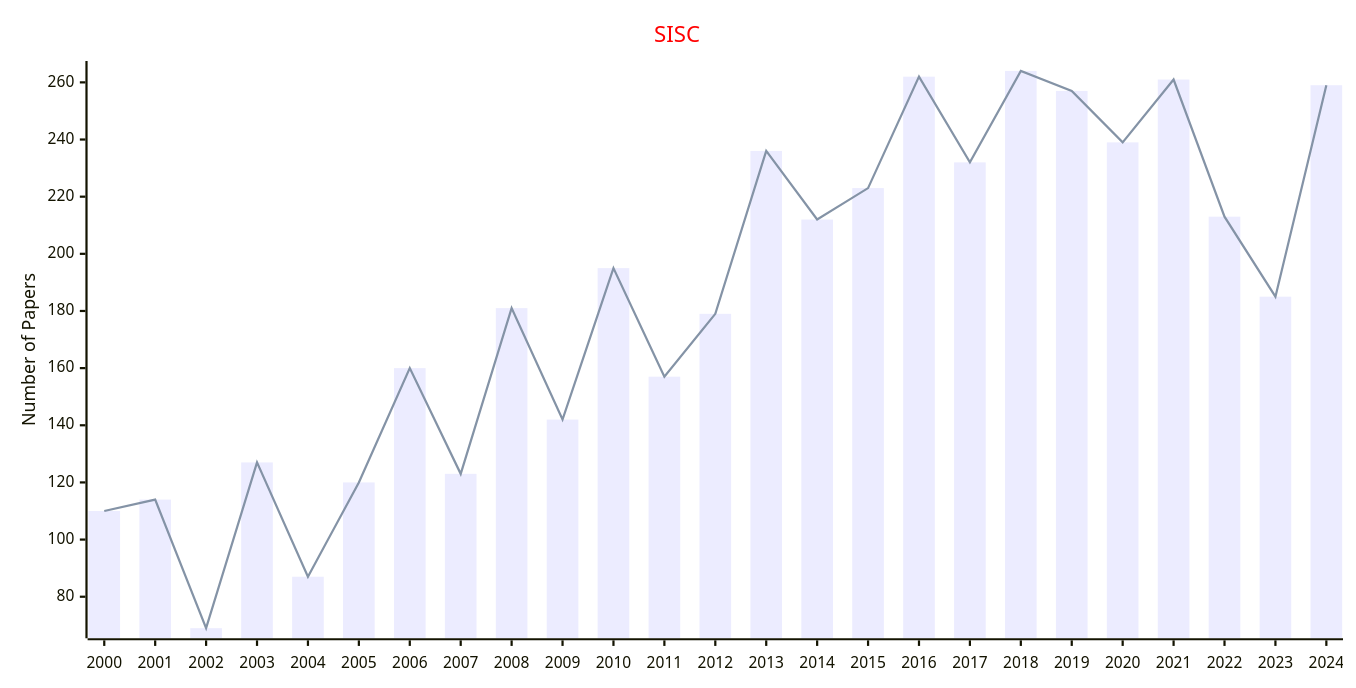
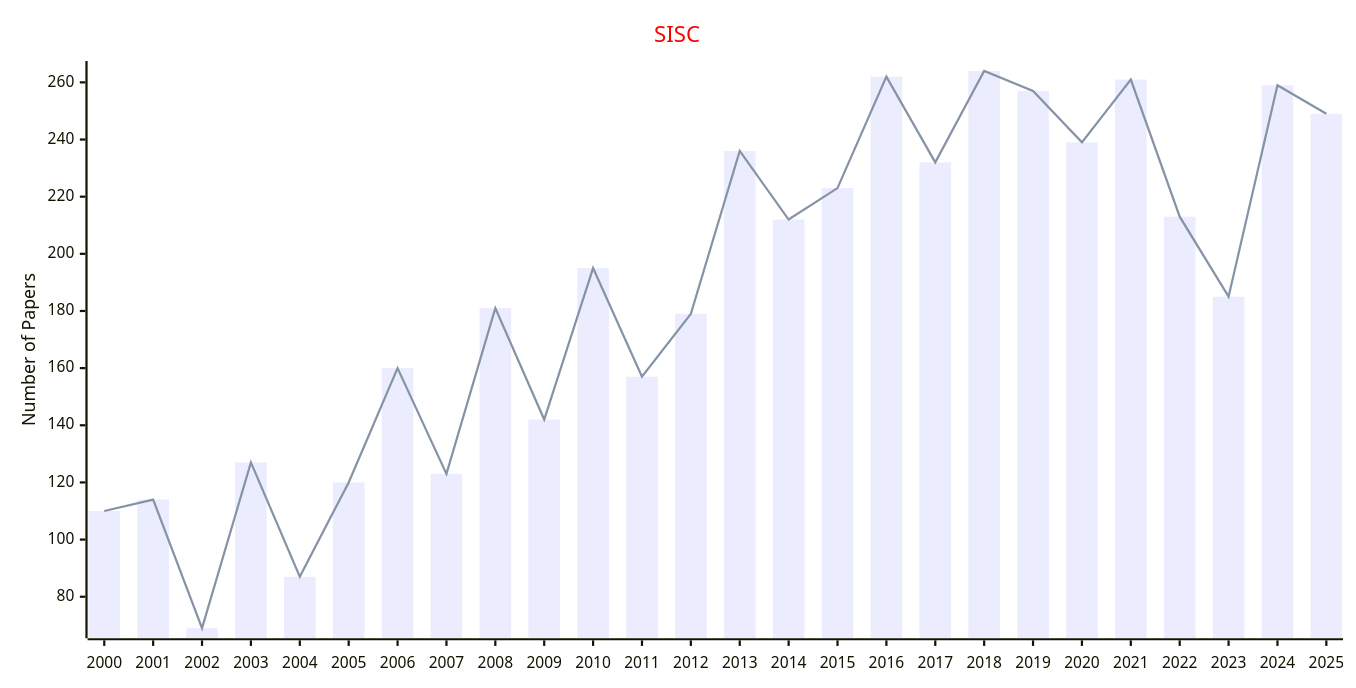
One commit to Easy-PhD/AILinks changed the fifth of 6 diagrams in docs/data/Journals/Statistics_Journals/Computational_Mathematics.md. Above: the diagram before and after it, drawn with Mermaid. The commit also changed other lines of this file and 93 other files, not shown here.

````diff
--- a/docs/data/Journals/Statistics_Journals/Computational_Mathematics.md
+++ b/docs/data/Journals/Statistics_Journals/Computational_Mathematics.md
@@ -105,17 +105,17 @@
 ```mermaid
 ---
 config:
     xyChart:
         width: 1200
         height: 600
     themeVariables:
         xyChart:
             titleColor: "#ff0000"
 ---
 xychart-beta
     title "SISC"
-    x-axis [2000, 2001, 2002, 2003, 2004, 2005, 2006, 2007, 2008, 2009, 2010, 2011, 2012, 2013, 2014, 2015, 2016, 2017, 2018, 2019, 2020, 2021, 2022, 2023, 2024]
+    x-axis [2000, 2001, 2002, 2003, 2004, 2005, 2006, 2007, 2008, 2009, 2010, 2011, 2012, 2013, 2014, 2015, 2016, 2017, 2018, 2019, 2020, 2021, 2022, 2023, 2024, 2025]
     y-axis "Number of Papers"
-    bar [110, 114, 69, 127, 87, 120, 160, 123, 181, 142, 195, 157, 179, 236, 212, 223, 262, 232, 264, 257, 239, 261, 213, 185, 259]
-    line [110, 114, 69, 127, 87, 120, 160, 123, 181, 142, 195, 157, 179, 236, 212, 223, 262, 232, 264, 257, 239, 261, 213, 185, 259]
+    bar [110, 114, 69, 127, 87, 120, 160, 123, 181, 142, 195, 157, 179, 236, 212, 223, 262, 232, 264, 257, 239, 261, 213, 185, 259, 249]
+    line [110, 114, 69, 127, 87, 120, 160, 123, 181, 142, 195, 157, 179, 236, 212, 223, 262, 232, 264, 257, 239, 261, 213, 185, 259, 249]
 ```
````
